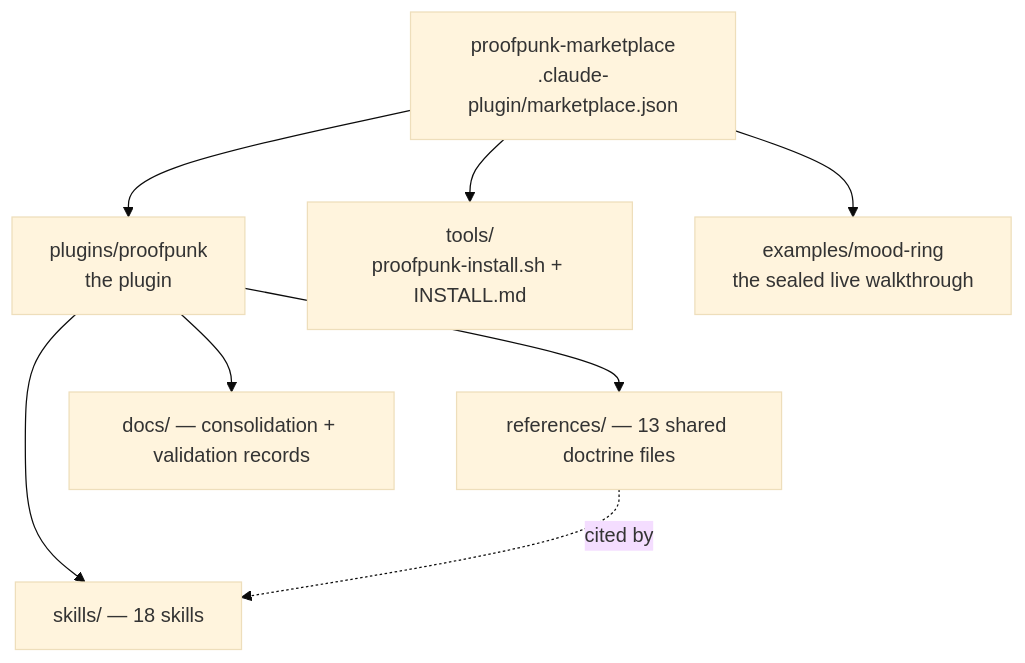
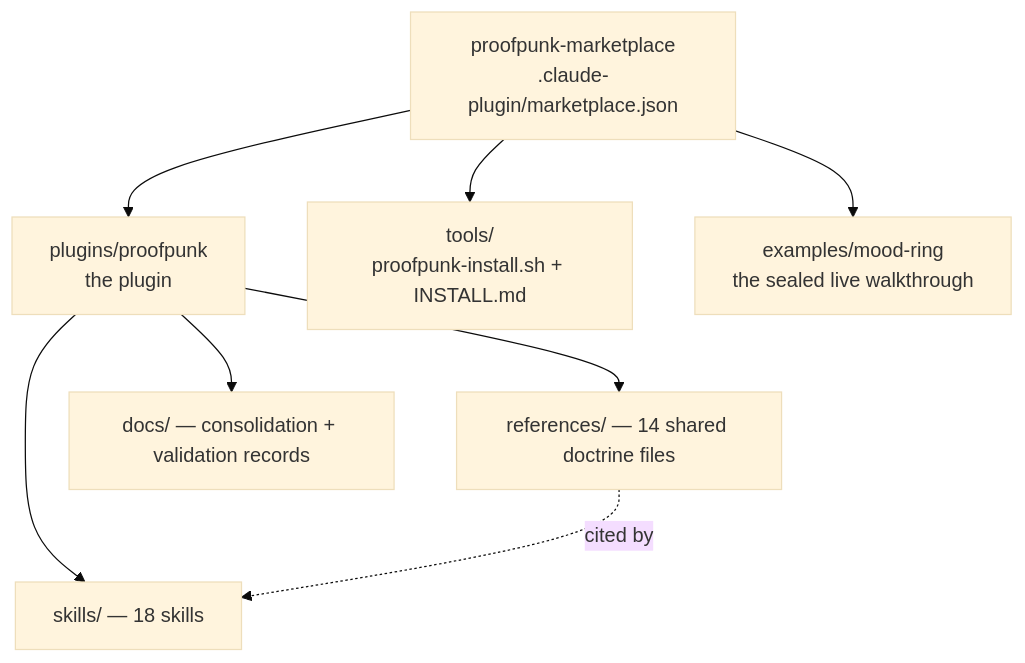
One commit to krzemienski/proofpunk changed the first of 5 diagrams in README.md. Above: the diagram before and after it, drawn with Mermaid (base theme). The commit also changed 363 other files, not shown here.

````diff
--- a/README.md
+++ b/README.md
@@ -413,11 +413,11 @@
 ```mermaid
 graph TD
     M["proofpunk-marketplace<br/>.claude-plugin/marketplace.json"]
     M --> P["plugins/proofpunk<br/>the plugin"]
     M --> T["tools/<br/>proofpunk-install.sh + INSTALL.md"]
     M --> E["examples/mood-ring<br/>the sealed live walkthrough"]
     P --> S["skills/ — 18 skills"]
-    P --> R["references/ — 13 shared doctrine files"]
+    P --> R["references/ — 14 shared doctrine files"]
     P --> D["docs/ — consolidation + validation records"]
     R -.->|cited by| S
 ```
````
